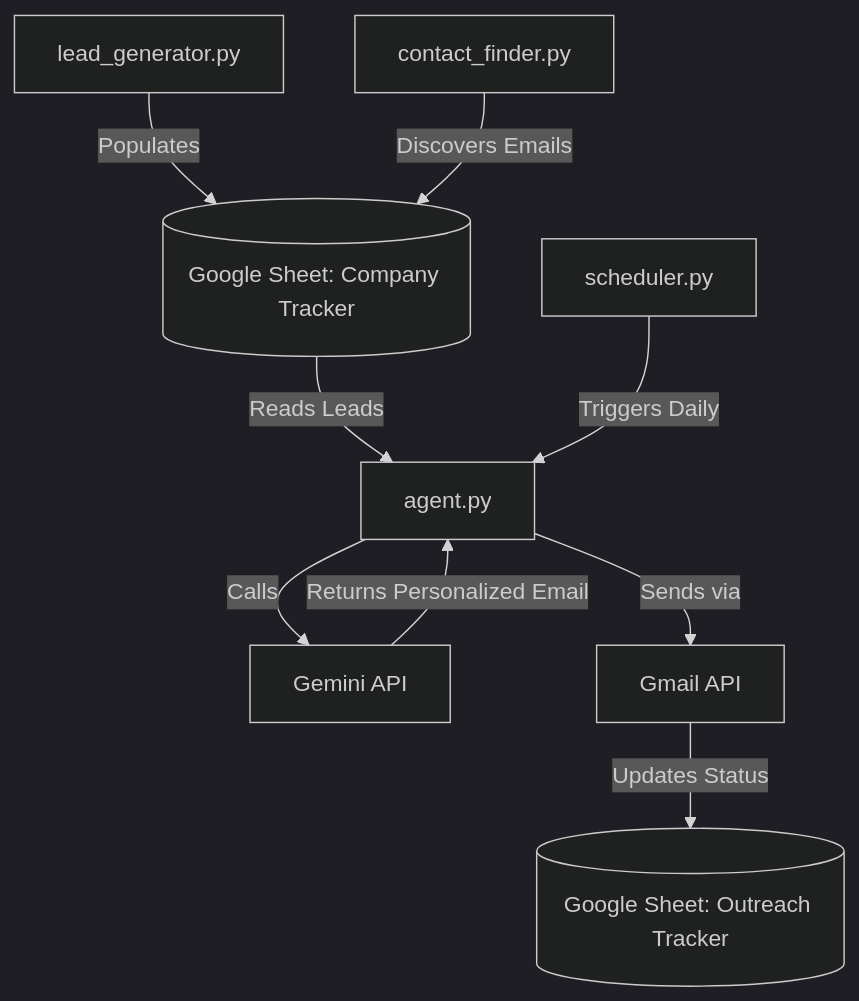
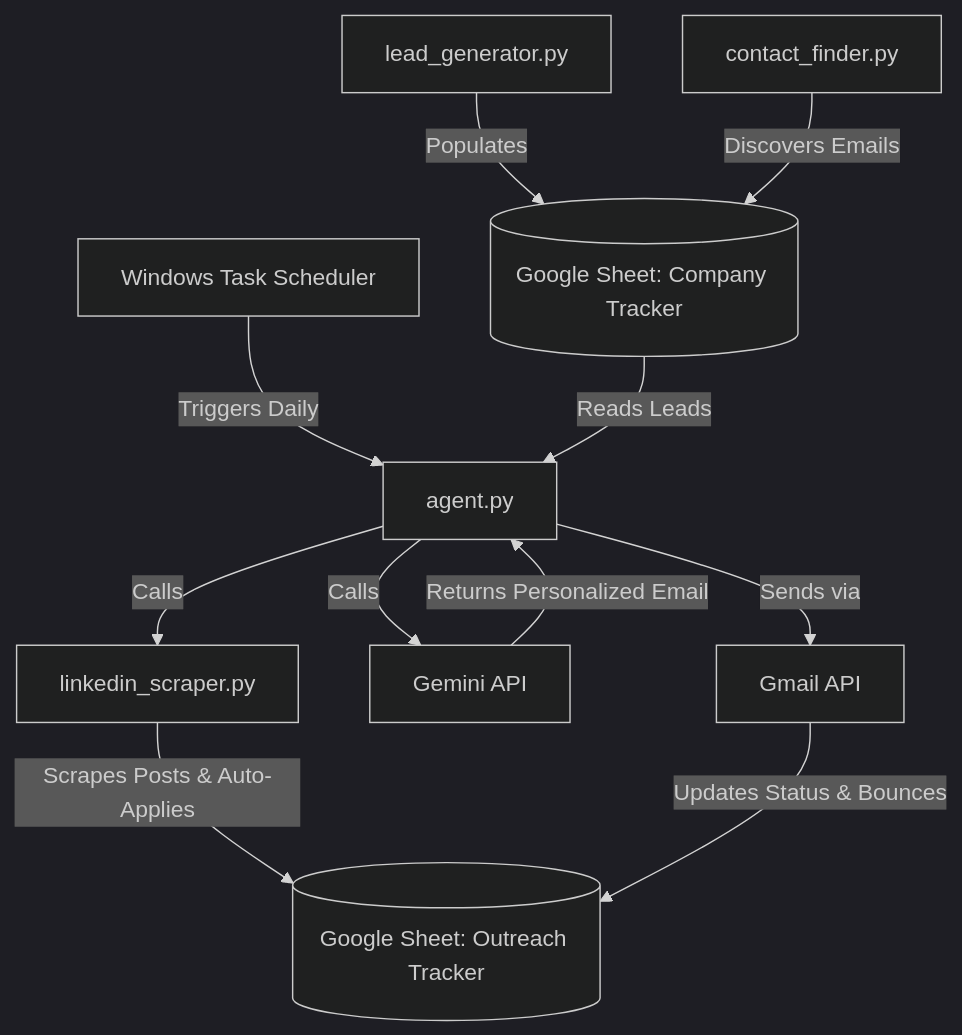
Before and after one commit to aks-hit/outreach_agent: the diagram in README.md, drawn with Mermaid (dark theme).

Commit message:
docs: Update architecture diagram with linkedin_scraper and bounce tracking

````diff
--- a/README.md
+++ b/README.md
@@ -91,11 +91,13 @@
 ```mermaid
 graph TD
+    H[Windows Task Scheduler] -->|Triggers Daily| D[agent.py]
     A[lead_generator.py] -->|Populates| B[(Google Sheet: Company Tracker)]
     C[contact_finder.py] -->|Discovers Emails| B
-    B -->|Reads Leads| D[agent.py]
+    B -->|Reads Leads| D
+    D -->|Calls| I[linkedin_scraper.py]
+    I -->|Scrapes Posts & Auto-Applies| G[(Google Sheet: Outreach Tracker)]
     D -->|Calls| E[Gemini API]
     E -->|Returns Personalized Email| D
     D -->|Sends via| F[Gmail API]
-    F -->|Updates Status| G[(Google Sheet: Outreach Tracker)]
-    H[scheduler.py] -->|Triggers Daily| D
+    F -->|Updates Status & Bounces| G
 ```
````
